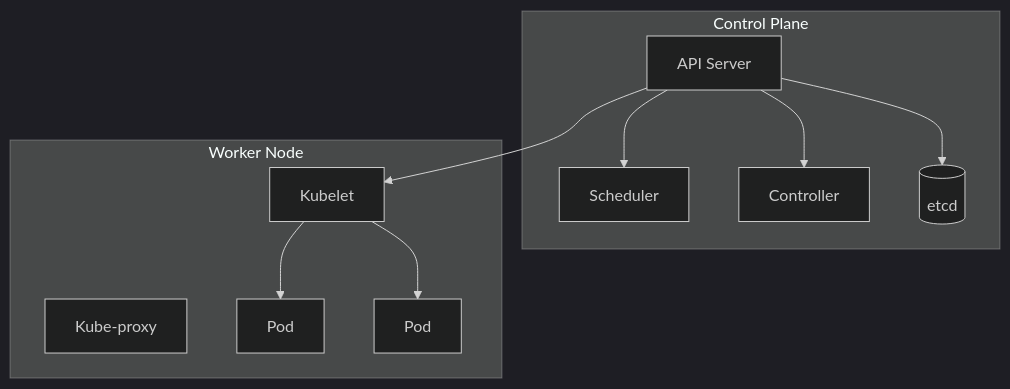
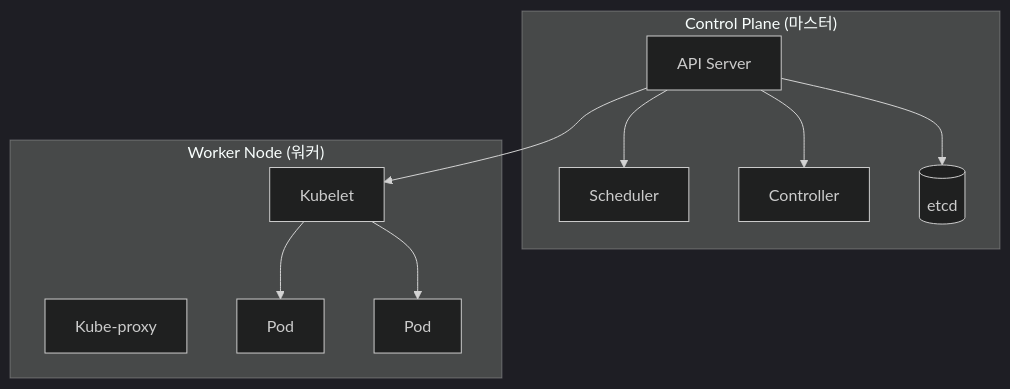
The diagram in _posts/container/2025-12-05-Kubernetes_study.md (HamaPr/HamaPr.github.io), drawn with Mermaid (dark theme) before and after one commit. The commit also changed other lines of this file and 94 other files, not shown here.

````diff
--- a/_posts/container/2025-12-05-Kubernetes_study.md
+++ b/_posts/container/2025-12-05-Kubernetes_study.md
@@ -22,23 +22,23 @@
 ```mermaid
 graph TD
-    subgraph Master ["Control Plane"]
+    subgraph Master ["Control Plane (마스터)"]
         API[API Server]
         SCH[Scheduler]
         CTR[Controller]
         ETCD[(etcd)]
     end
     
-    subgraph Worker ["Worker Node"]
+    subgraph Worker ["Worker Node (워커)"]
         KUB[Kubelet]
         PROXY[Kube-proxy]
         POD1[Pod]
         POD2[Pod]
     end
     
     API --> SCH
     API --> CTR
     API --> ETCD
     API --> KUB
     KUB --> POD1
     KUB --> POD2
 ```
````
